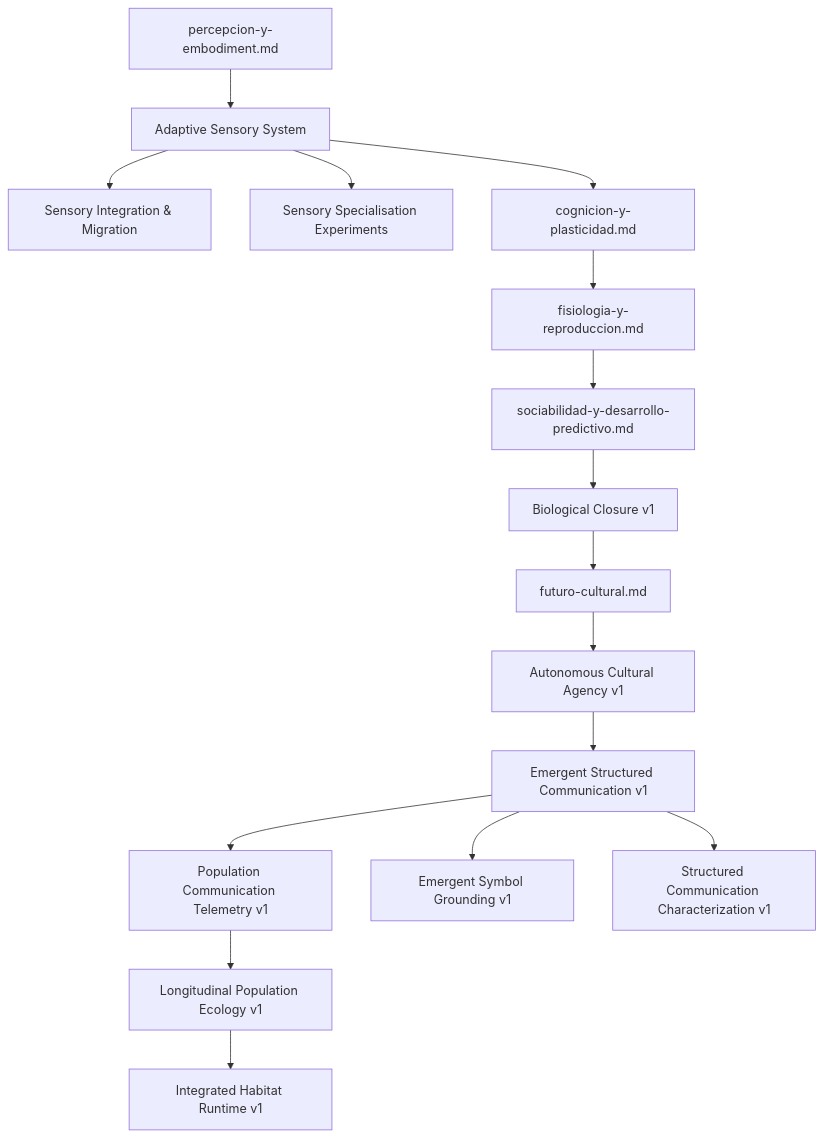
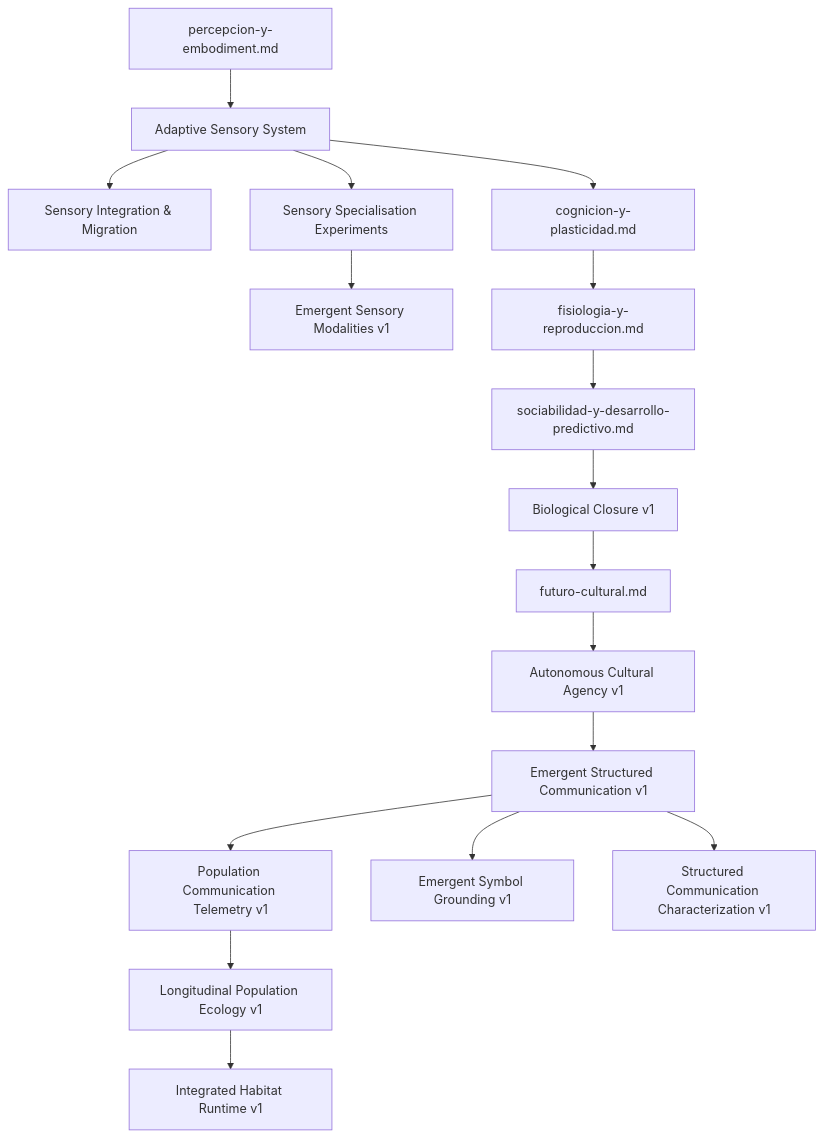
Before and after one commit to alessbarb/symbiont-lab: the diagram in docs/design/README.md, drawn with Mermaid. The commit also changed other lines of this file and 2 other files, not shown here.

Commit message:
design(sensory): define emergent sensory modalities v1

````diff
--- a/docs/design/README.md
+++ b/docs/design/README.md
@@ -16,18 +16,19 @@
 ```mermaid
 flowchart TD
     PE["percepcion-y-embodiment.md"] --> ASS["Adaptive Sensory System"]
     ASS --> ASI["Sensory Integration & Migration"]
     ASS --> ASE["Sensory Specialisation Experiments"]
+    ASE --> ESM["Emergent Sensory Modalities v1"]
     ASS --> CP["cognicion-y-plasticidad.md"]
     CP --> FR["fisiologia-y-reproduccion.md"]
     FR --> SD["sociabilidad-y-desarrollo-predictivo.md"]
     SD --> BC["Biological Closure v1"]
     BC --> FC["futuro-cultural.md"]
     FC --> ACA["Autonomous Cultural Agency v1"]
     ACA --> ESC["Emergent Structured Communication v1"]
     ESC --> PCT["Population Communication Telemetry v1"]
     PCT --> LPE["Longitudinal Population Ecology v1"]
     LPE --> IHR["Integrated Habitat Runtime v1"]
     ESC --> ESG["Emergent Symbol Grounding v1"]
     ESC --> SCC["Structured Communication Characterization v1"]
 ```
````
